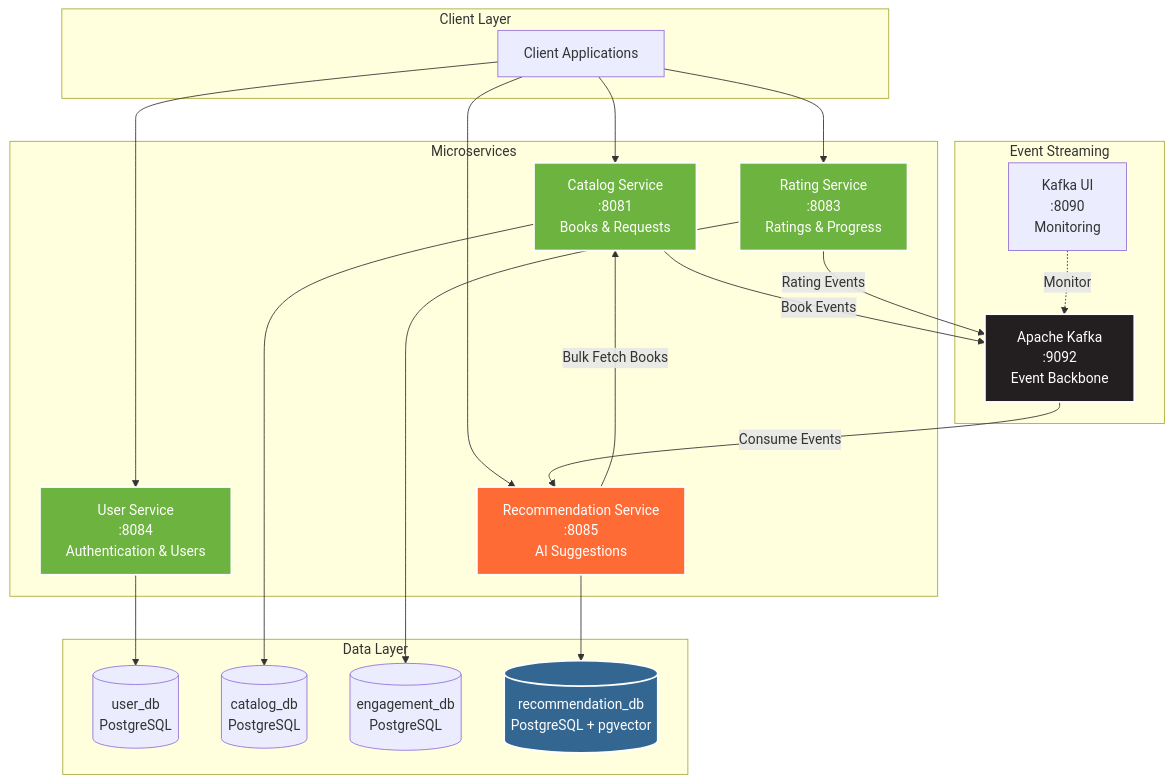
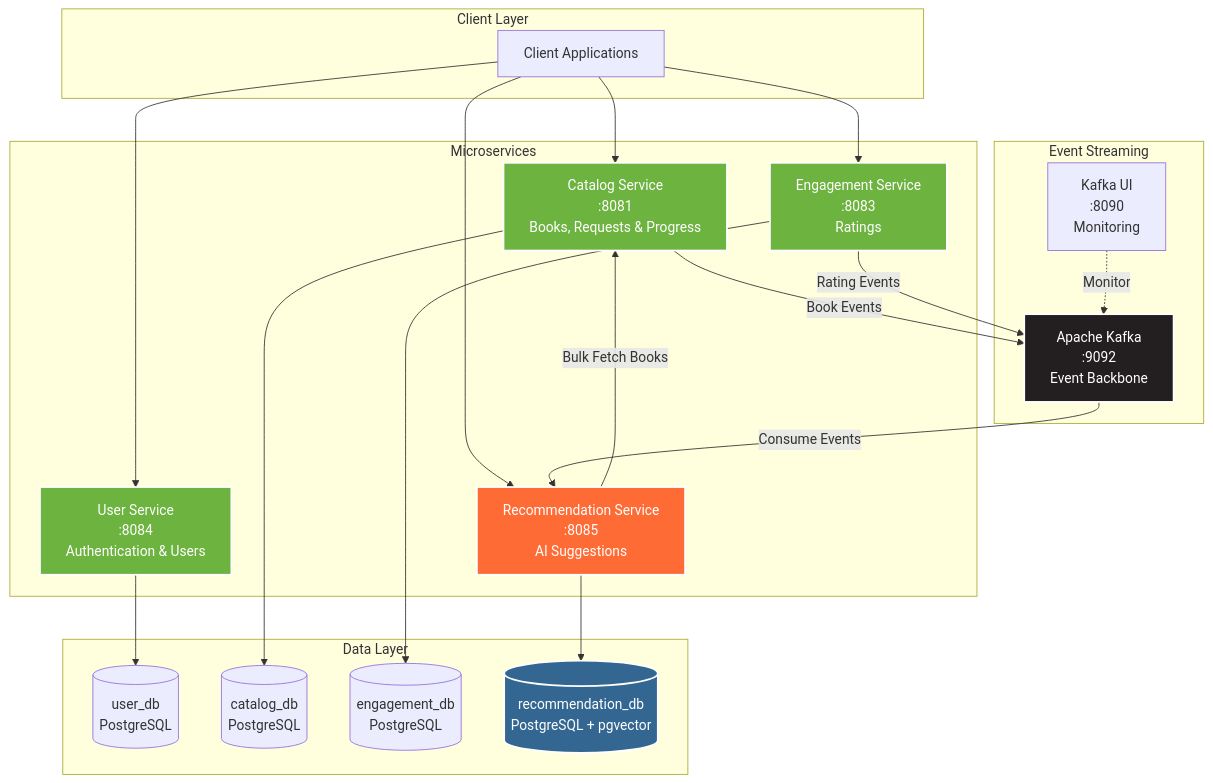
One commit to Luca5Eckert/VellumHub changed the first of 5 diagrams in README.md. Above: the diagram before and after it, drawn with Mermaid. The commit also changed other lines of this file, not shown here.

````diff
--- a/README.md
+++ b/README.md
@@ -79,50 +79,50 @@
 ```mermaid
 graph TB
     subgraph "Client Layer"
         CLIENT[Client Applications]
     end
     
     subgraph "Microservices"
         US[User Service<br/>:8084<br/>Authentication & Users]
-        CS[Catalog Service<br/>:8081<br/>Books & Requests]
-        RS[Rating Service<br/>:8083<br/>Ratings & Progress]
+        CS[Catalog Service<br/>:8081<br/>Books, Requests & Progress]
+        RS[Engagement Service<br/>:8083<br/>Ratings]
         RCS[Recommendation Service<br/>:8085<br/>AI Suggestions]
     end
     
     subgraph "Event Streaming"
         KAFKA[Apache Kafka<br/>:9092<br/>Event Backbone]
         KUI[Kafka UI<br/>:8090<br/>Monitoring]
     end
     
     subgraph "Data Layer"
         DB1[(user_db<br/>PostgreSQL)]
         DB2[(catalog_db<br/>PostgreSQL)]
         DB3[(engagement_db<br/>PostgreSQL)]
         DB4[(recommendation_db<br/>PostgreSQL + pgvector)]
     end
     
     CLIENT --> US
     CLIENT --> CS
     CLIENT --> RS
     CLIENT --> RCS
     
     US --> DB1
     CS --> DB2
     RS --> DB3
     RCS --> DB4
     
     CS -->|Book Events| KAFKA
     RS -->|Rating Events| KAFKA
     KAFKA -->|Consume Events| RCS
     
     RCS -->|Bulk Fetch Books| CS
     
     KUI -.Monitor.-> KAFKA
     
     style KAFKA fill:#231F20,stroke:#fff,stroke-width:2px,color:#fff
     style US fill:#6DB33F,stroke:#fff,stroke-width:2px,color:#fff
     style CS fill:#6DB33F,stroke:#fff,stroke-width:2px,color:#fff
     style RS fill:#6DB33F,stroke:#fff,stroke-width:2px,color:#fff
     style RCS fill:#FF6B35,stroke:#fff,stroke-width:2px,color:#fff
     style DB4 fill:#336791,stroke:#fff,stroke-width:2px,color:#fff
 ```
````
